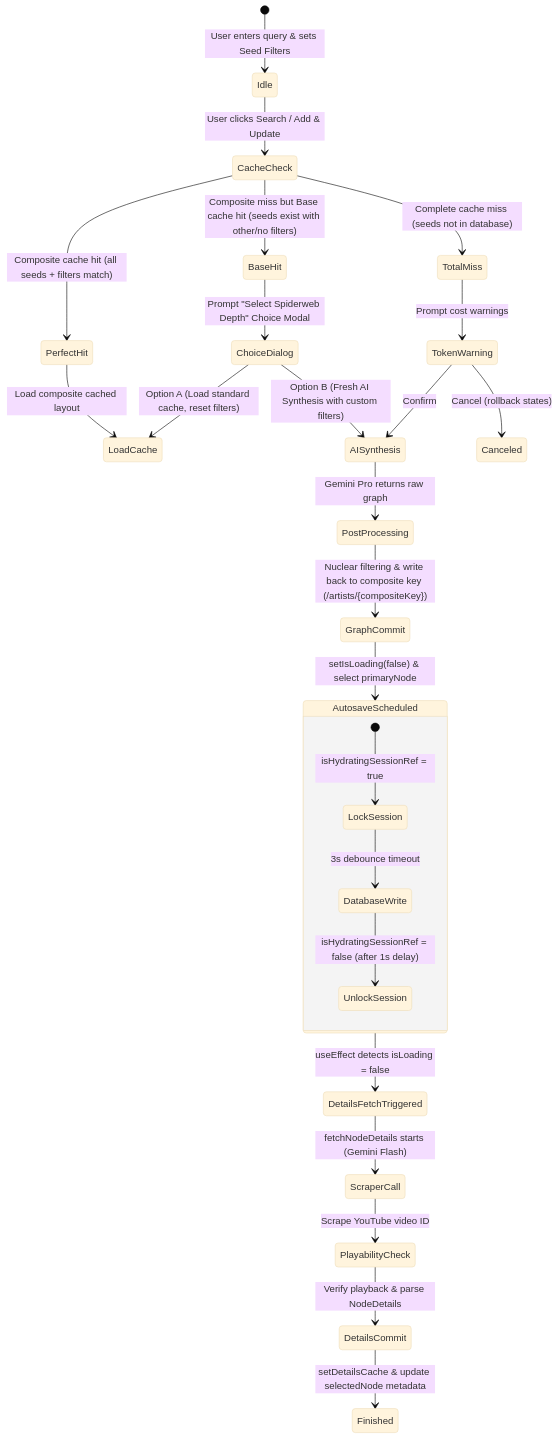
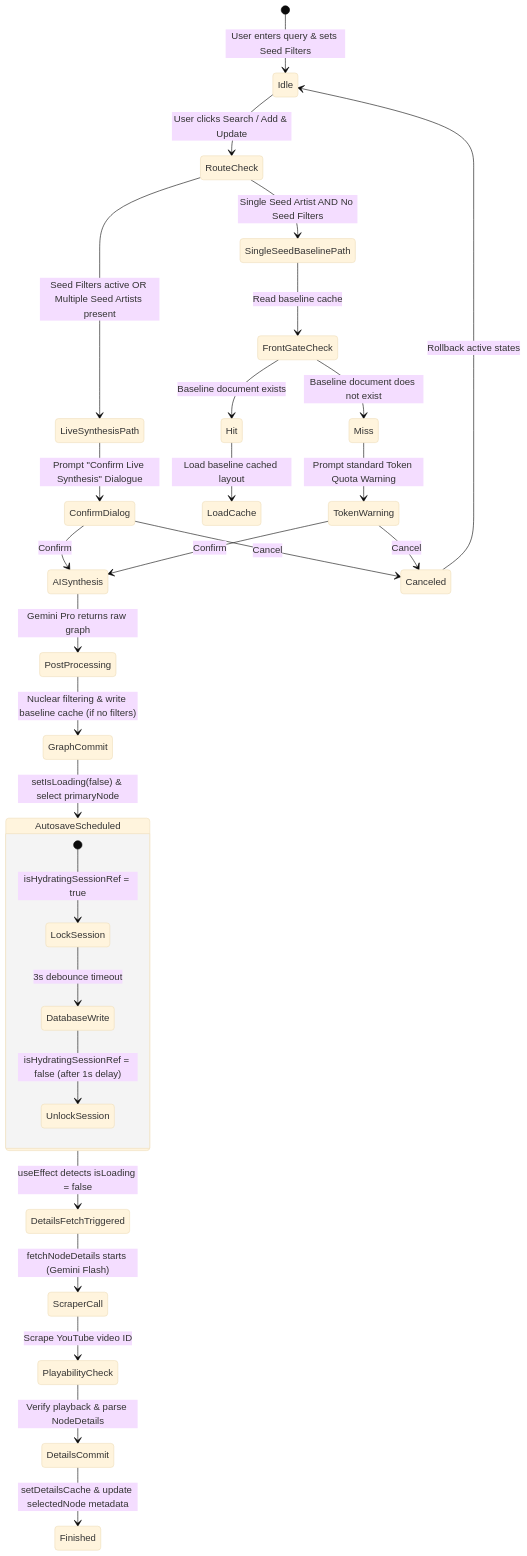
The diagram in EngineDocumentation.md (simonlavin82/Zcene-145), drawn with Mermaid (base theme) before and after one commit. The commit also changed other lines of this file and 3 other files, not shown here.

Commit message:
feat: unify seed layout architecture and introduce composite generative caching keys

````diff
--- a/EngineDocumentation.md
+++ b/EngineDocumentation.md
@@ -296,29 +296,32 @@
 ```mermaid
 stateDiagram-v2
     [*] --> Idle: User enters query & sets Seed Filters
-    Idle --> CacheCheck: User clicks Search / Add & Update
-    CacheCheck --> PerfectHit: Composite cache hit (all seeds + filters match)
-    PerfectHit --> LoadCache: Load composite cached layout
-    CacheCheck --> BaseHit: Composite miss but Base cache hit (seeds exist with other/no filters)
-    BaseHit --> ChoiceDialog: Prompt "Select Spiderweb Depth" Choice Modal
-    ChoiceDialog --> LoadCache: Option A (Load standard cache, reset filters)
-    ChoiceDialog --> AISynthesis: Option B (Fresh AI Synthesis with custom filters)
-    CacheCheck --> TotalMiss: Complete cache miss (seeds not in database)
-    TotalMiss --> TokenWarning: Prompt cost warnings
+    Idle --> RouteCheck: User clicks Search / Add & Update
+    RouteCheck --> LiveSynthesisPath: Seed Filters active OR Multiple Seed Artists present
+    LiveSynthesisPath --> ConfirmDialog: Prompt "Confirm Live Synthesis" Dialogue
+    RouteCheck --> SingleSeedBaselinePath: Single Seed Artist AND No Seed Filters
+    SingleSeedBaselinePath --> FrontGateCheck: Read baseline cache
+    FrontGateCheck --> Hit: Baseline document exists
+    Hit --> LoadCache: Load baseline cached layout
+    FrontGateCheck --> Miss: Baseline document does not exist
+    Miss --> TokenWarning: Prompt standard Token Quota Warning
+    ConfirmDialog --> AISynthesis: Confirm
+    ConfirmDialog --> Canceled: Cancel
     TokenWarning --> AISynthesis: Confirm
-    TokenWarning --> Canceled: Cancel (rollback states)
+    TokenWarning --> Canceled: Cancel
+    Canceled --> Idle: Rollback active states
     AISynthesis --> PostProcessing: Gemini Pro returns raw graph
-    PostProcessing --> GraphCommit: Nuclear filtering & write back to composite key (/artists/{compositeKey})
+    PostProcessing --> GraphCommit: Nuclear filtering & write baseline cache (if no filters)
     GraphCommit --> AutosaveScheduled: setIsLoading(false) & select primaryNode
     AutosaveScheduled --> DetailsFetchTriggered: useEffect detects isLoading = false
     DetailsFetchTriggered --> ScraperCall: fetchNodeDetails starts (Gemini Flash)
     ScraperCall --> PlayabilityCheck: Scrape YouTube video ID
     PlayabilityCheck --> DetailsCommit: Verify playback & parse NodeDetails
     DetailsCommit --> Finished: setDetailsCache & update selectedNode metadata
     
     state AutosaveScheduled {
         [*] --> LockSession: isHydratingSessionRef = true
         LockSession --> DatabaseWrite: 3s debounce timeout
         DatabaseWrite --> UnlockSession: isHydratingSessionRef = false (after 1s delay)
     }
 ```
````
